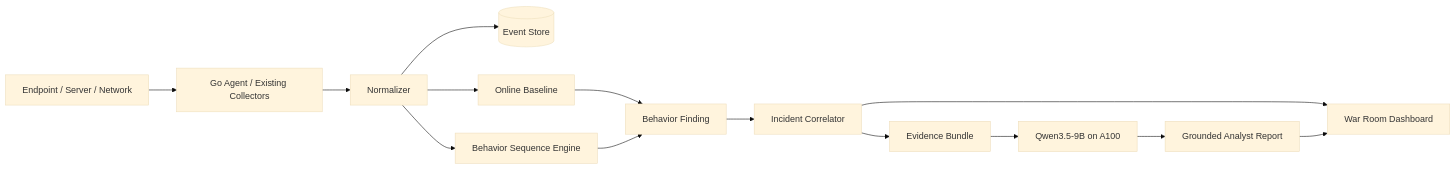
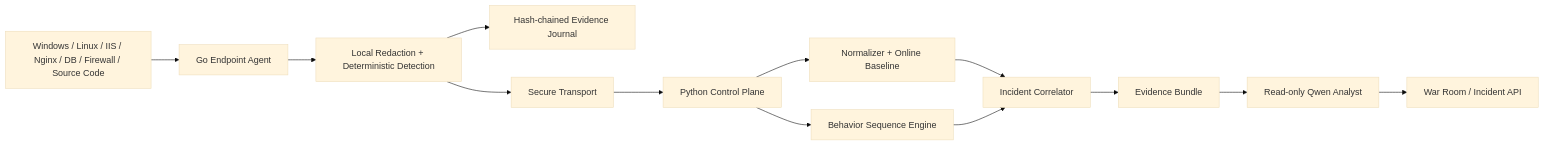
One commit to paddman/NTAgentShield changed the diagram in README.md. Above: the diagram before and after it, drawn with Mermaid (base theme). The commit also changed other lines of this file and 82 other files, not shown here.

First line of the commit message:
feat: integrate secure endpoint agent foundation

````diff
--- a/README.md
+++ b/README.md
@@ -26,16 +14,15 @@
 ```mermaid
 flowchart LR
-  A[Endpoint / Server / Network] --> B[Go Agent / Existing Collectors]
-  B --> C[Normalizer]
-  C --> D[(Event Store)]
-  C --> E[Online Baseline]
-  C --> F[Behavior Sequence Engine]
-  E --> G[Behavior Finding]
-  F --> G
-  G --> H[Incident Correlator]
-  H --> I[Evidence Bundle]
-  I --> J[Qwen3.5-9B on A100]
-  J --> K[Grounded Analyst Report]
-  H --> L[War Room Dashboard]
-  K --> L
+  A[Windows / Linux / IIS / Nginx / DB / Firewall / Source Code] --> B[Go Endpoint Agent]
+  B --> C[Local Redaction + Deterministic Detection]
+  C --> D[Hash-chained Evidence Journal]
+  C --> E[Secure Transport]
+  E --> F[Python Control Plane]
+  F --> G[Normalizer + Online Baseline]
+  F --> H[Behavior Sequence Engine]
+  G --> I[Incident Correlator]
+  H --> I
+  I --> J[Evidence Bundle]
+  J --> K[Read-only Qwen Analyst]
+  K --> L[War Room / Incident API]
 ```
````
